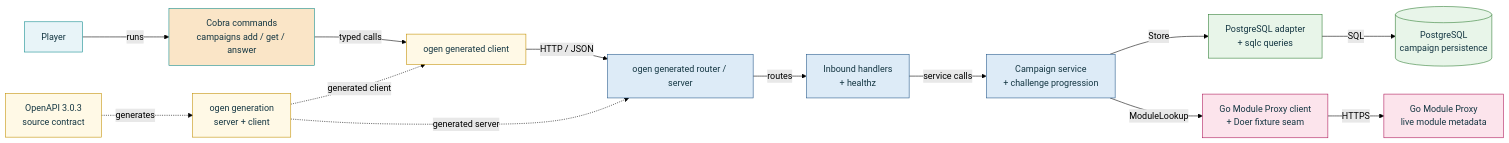
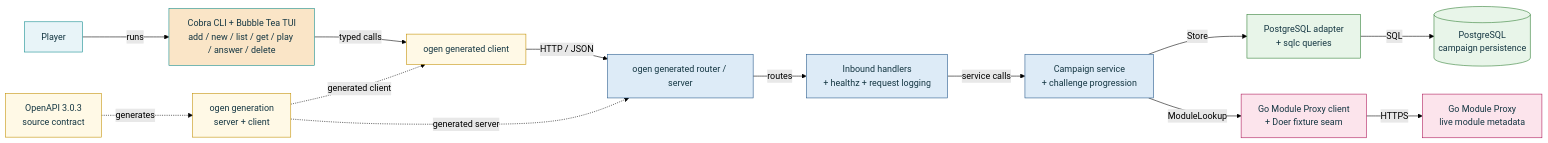
Before and after one commit to gotraining2026/gopherquest: the diagram in docs/gopherquest-architecture.mmd, drawn with Mermaid (forest theme). The commit also changed 1 other file, not shown here.

Commit message:
docs(architecture): show current CLI and TUI boundaries

```diff
--- a/docs/gopherquest-architecture.mmd
+++ b/docs/gopherquest-architecture.mmd
@@ -1,27 +1,27 @@
 flowchart LR
-    player[Player] -->|runs| cli["Cobra commands<br/>campaigns add / get / answer"]
+    player[Player] -->|runs| cli["Cobra CLI + Bubble Tea TUI<br/>add / new / list / get / play / answer / delete"]
     cli -->|typed calls| client["ogen generated client"]
     client -->|HTTP / JSON| router["ogen generated router / server"]
-    router -->|routes| handlers["Inbound handlers<br/>+ healthz"]
+    router -->|routes| handlers["Inbound handlers<br/>+ healthz + request logging"]
     handlers -->|service calls| service["Campaign service<br/>+ challenge progression"]
     service -->|Store| store["PostgreSQL adapter<br/>+ sqlc queries"]
     store -->|SQL| database[(PostgreSQL<br/>campaign persistence)]
     service -->|ModuleLookup| providerClient["Go Module Proxy client<br/>+ Doer fixture seam"]
     providerClient -->|HTTPS| provider["Go Module Proxy<br/>live module metadata"]
     spec["OpenAPI 3.0.3<br/>source contract"] -.->|generates| generation["ogen generation<br/>server + client"]
     generation -.->|generated client| client
     generation -.->|generated server| router
 
     classDef actor fill:#E8F4F8,stroke:#0F8B8D,color:#143642
     classDef cliNode fill:#FAE5C7,stroke:#0F8B8D,color:#143642
     classDef generatedNode fill:#FFF9E6,stroke:#C28F00,color:#143642
     classDef apiNode fill:#DDEBF7,stroke:#235789,color:#143642
     classDef dataNode fill:#E8F5E9,stroke:#2E7D32,color:#143642
     classDef externalNode fill:#FCE4EC,stroke:#AD1457,color:#143642
 
     class player actor
     class cli cliNode
     class client,spec,generation generatedNode
     class router,handlers,service apiNode
     class store,database dataNode
     class providerClient,provider externalNode
```
